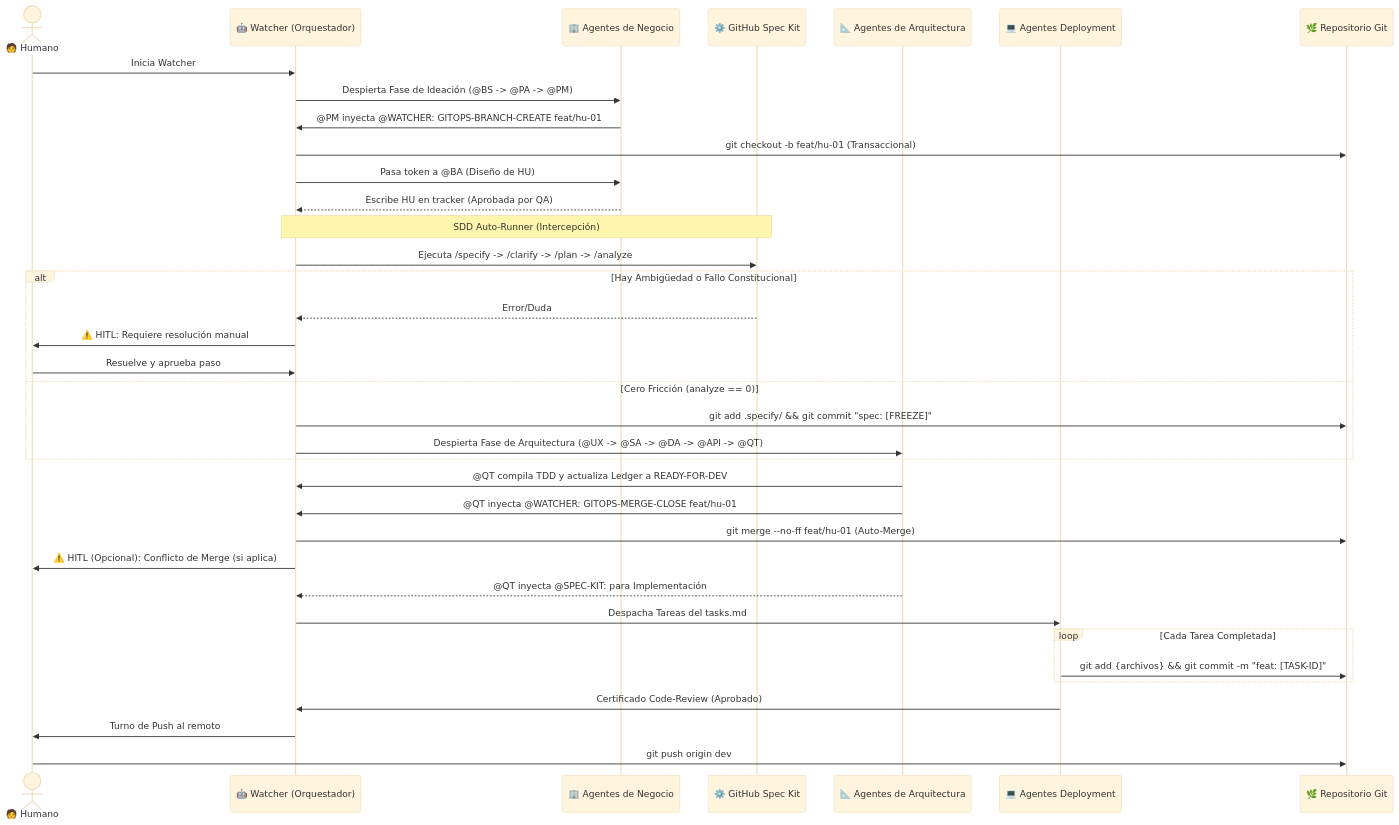
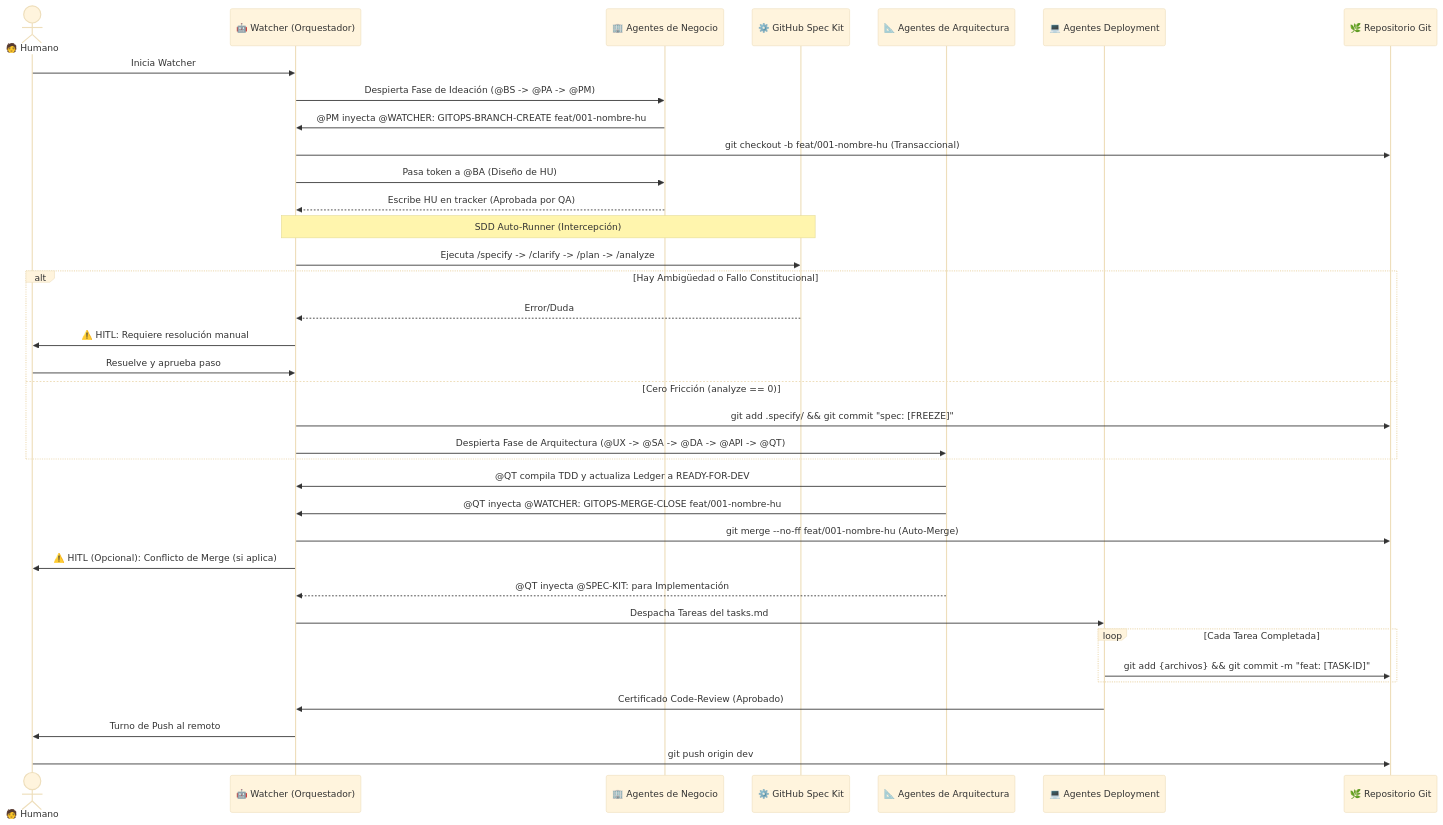
One commit to pauloravicaceres/tech-work-hub changed the second of 5 diagrams in framework_bmad.md. Above: the diagram before and after it, drawn with Mermaid (base theme). The commit also changed other lines of this file and 397 other files, not shown here.

````diff
--- a/framework_bmad.md
+++ b/framework_bmad.md
@@ -116,44 +116,44 @@
 ```mermaid
 sequenceDiagram
     actor H as 🧑 Humano
     participant W as 🤖 Watcher (Orquestador)
     participant B as 🏢 Agentes de Negocio
     participant S as ⚙️ GitHub Spec Kit
     participant A as 📐 Agentes de Arquitectura
     participant D as 💻 Agentes Deployment
     participant G as 🌿 Repositorio Git
 
     H->>W: Inicia Watcher
     W->>B: Despierta Fase de Ideación (@BS -> @PA -> @PM)
-    B->>W: @PM inyecta @WATCHER: GITOPS-BRANCH-CREATE feat/hu-01
-    W->>G: git checkout -b feat/hu-01 (Transaccional)
+    B->>W: @PM inyecta @WATCHER: GITOPS-BRANCH-CREATE feat/001-nombre-hu
+    W->>G: git checkout -b feat/001-nombre-hu (Transaccional)
     W->>B: Pasa token a @BA (Diseño de HU)
     B-->>W: Escribe HU en tracker (Aprobada por QA)
     
     note over W,S: SDD Auto-Runner (Intercepción)
     W->>S: Ejecuta /specify -> /clarify -> /plan -> /analyze
     
     alt Hay Ambigüedad o Fallo Constitucional
         S-->>W: Error/Duda
         W->>H: ⚠️ HITL: Requiere resolución manual
         H->>W: Resuelve y aprueba paso
     else Cero Fricción (analyze == 0)
         W->>G: git add .specify/ && git commit "spec: [FREEZE]"
         W->>A: Despierta Fase de Arquitectura (@UX -> @SA -> @DA -> @API -> @QT)
     end
     
     A->>W: @QT compila TDD y actualiza Ledger a READY-FOR-DEV
-    A->>W: @QT inyecta @WATCHER: GITOPS-MERGE-CLOSE feat/hu-01
-    W->>G: git merge --no-ff feat/hu-01 (Auto-Merge)
+    A->>W: @QT inyecta @WATCHER: GITOPS-MERGE-CLOSE feat/001-nombre-hu
+    W->>G: git merge --no-ff feat/001-nombre-hu (Auto-Merge)
     W->>H: ⚠️ HITL (Opcional): Conflicto de Merge (si aplica)
     
     A-->>W: @QT inyecta @SPEC-KIT: para Implementación
     W->>D: Despacha Tareas del tasks.md
     loop Cada Tarea Completada
         D->>G: git add {archivos} && git commit -m "feat: [TASK-ID]"
     end
     
     D->>W: Certificado Code-Review (Aprobado)
     W->>H: Turno de Push al remoto
     H->>G: git push origin dev
 ```
````
